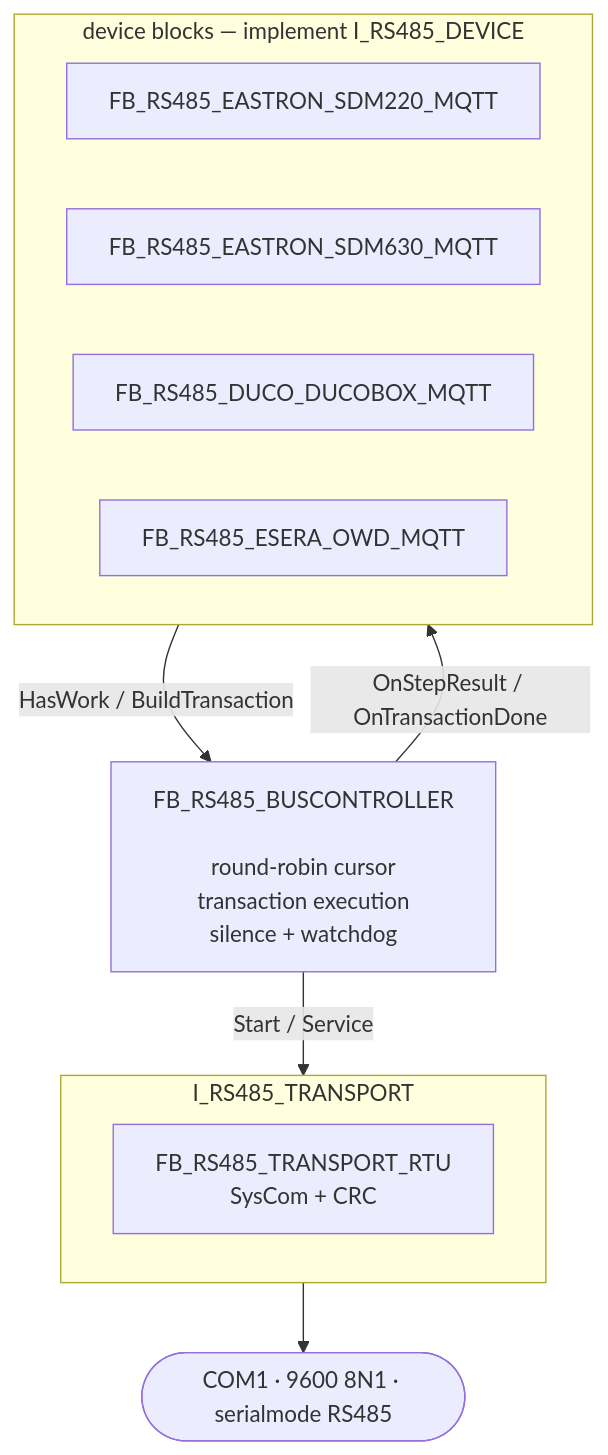
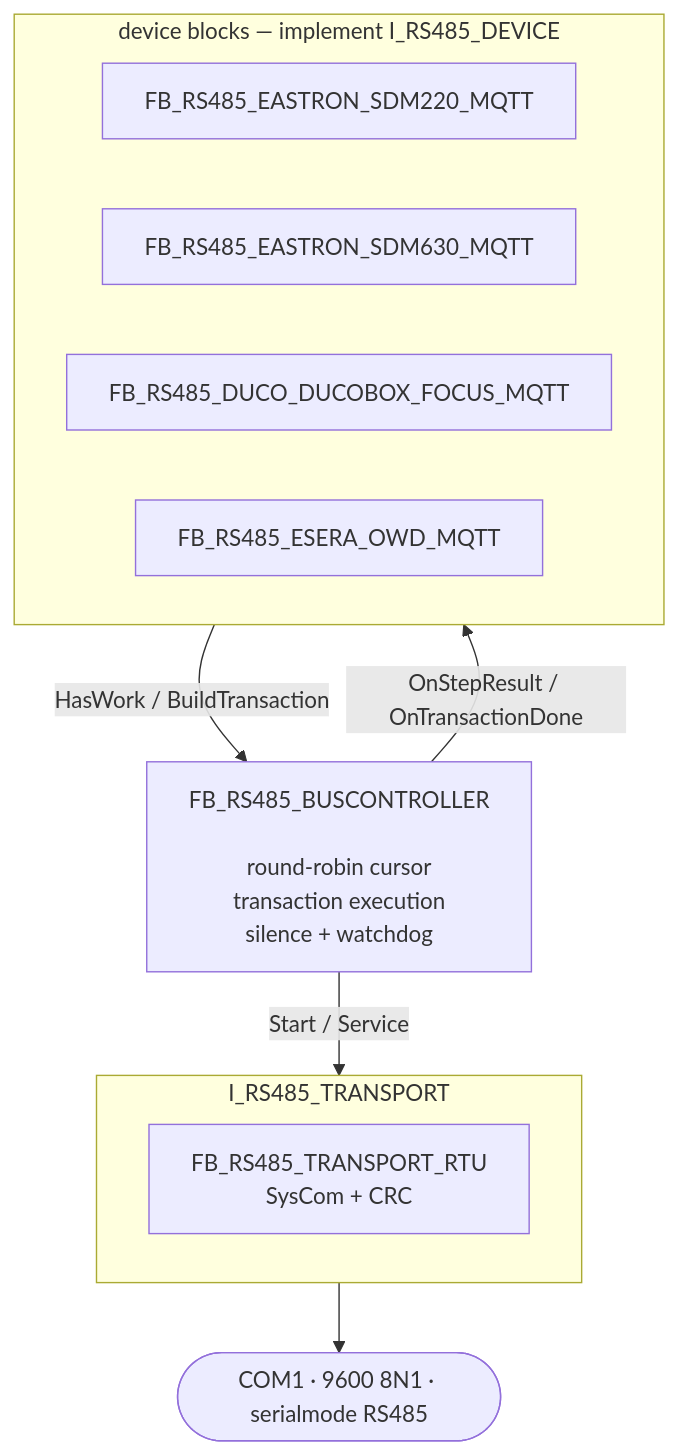
Before and after one commit to MichielVanwelsenaere/HomeAutomation.CoDeSys3: the first of 2 diagrams in docs/RS485/RS485Device_Interface.md, drawn with Mermaid. The commit also changed 30 other files, not shown here.

First line of the commit message:
Speak to a DucoBox Focus, and give each publishing task its own queue lane (#197)

````diff
--- a/docs/RS485/RS485Device_Interface.md
+++ b/docs/RS485/RS485Device_Interface.md
@@ -23,23 +23,23 @@
 ```mermaid
 flowchart TB
   subgraph DEVS["device blocks — implement I_RS485_DEVICE"]
     direction LR
     A["FB_RS485_EASTRON_SDM220_MQTT"]
     B["FB_RS485_EASTRON_SDM630_MQTT"]
-    C["FB_RS485_DUCO_DUCOBOX_MQTT"]
+    C["FB_RS485_DUCO_DUCOBOX_FOCUS_MQTT"]
     D["FB_RS485_ESERA_OWD_MQTT"]
   end
 
   SCH["FB_RS485_BUSCONTROLLER<br/><br/>round-robin cursor<br/>transaction execution<br/>silence + watchdog"]
 
   subgraph TRS["I_RS485_TRANSPORT"]
     T1["FB_RS485_TRANSPORT_RTU<br/>SysCom + CRC"]
   end
 
   PORT(["COM1 · 9600 8N1 · serialmode RS485"])
 
   DEVS -- "HasWork / BuildTransaction" --> SCH
   SCH -- "OnStepResult / OnTransactionDone" --> DEVS
   SCH -- "Start / Service" --> TRS
   TRS --> PORT
 ```
````
